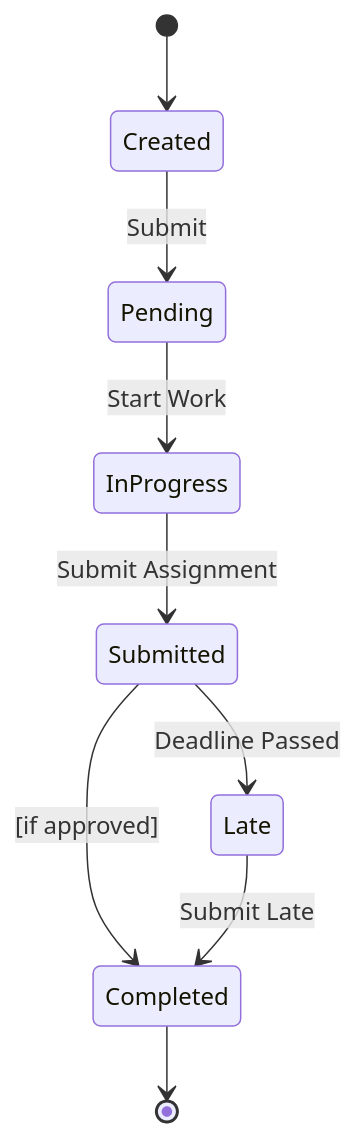
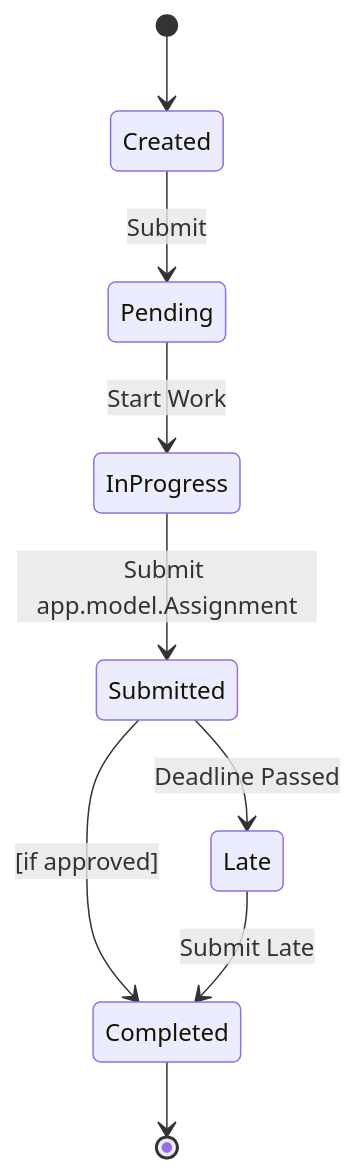
Before and after one commit to Leonard-CM/student-assignment-tracker: the first of 7 diagrams in state_diagrams.md, drawn with Mermaid. The commit also changed other lines of this file and 79 other files, not shown here.

````diff
--- a/state_diagrams.md
+++ b/state_diagrams.md
@@ -9,11 +9,11 @@
 ```mermaid
 stateDiagram-v2
     [*] --> Created
     Created --> Pending : Submit
     Pending --> InProgress : Start Work
-    InProgress --> Submitted : Submit Assignment
+    InProgress --> Submitted : Submit app.model.Assignment
     Submitted --> Completed : [if approved]
     Submitted --> Late : Deadline Passed
     Late --> Completed : Submit Late
     Completed --> [*]
 ```
````
